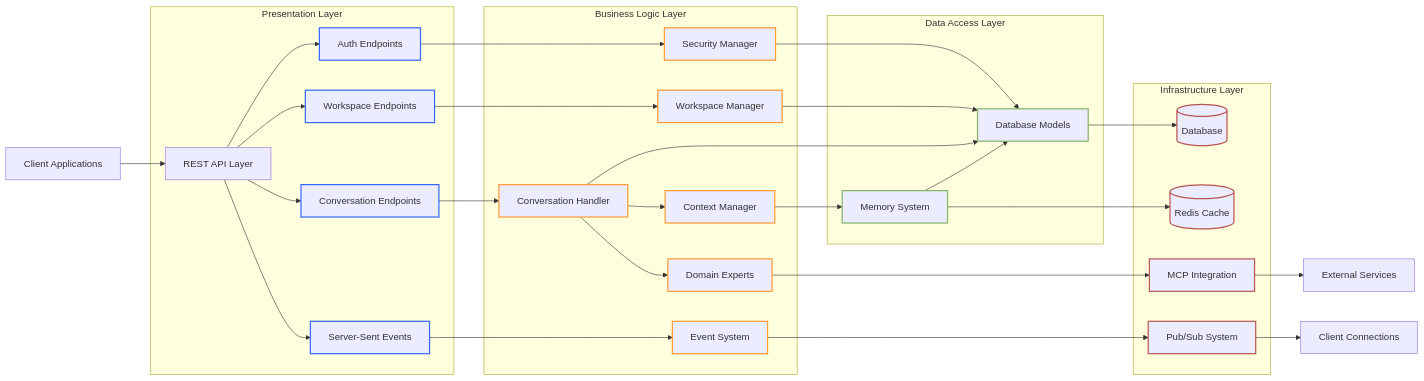
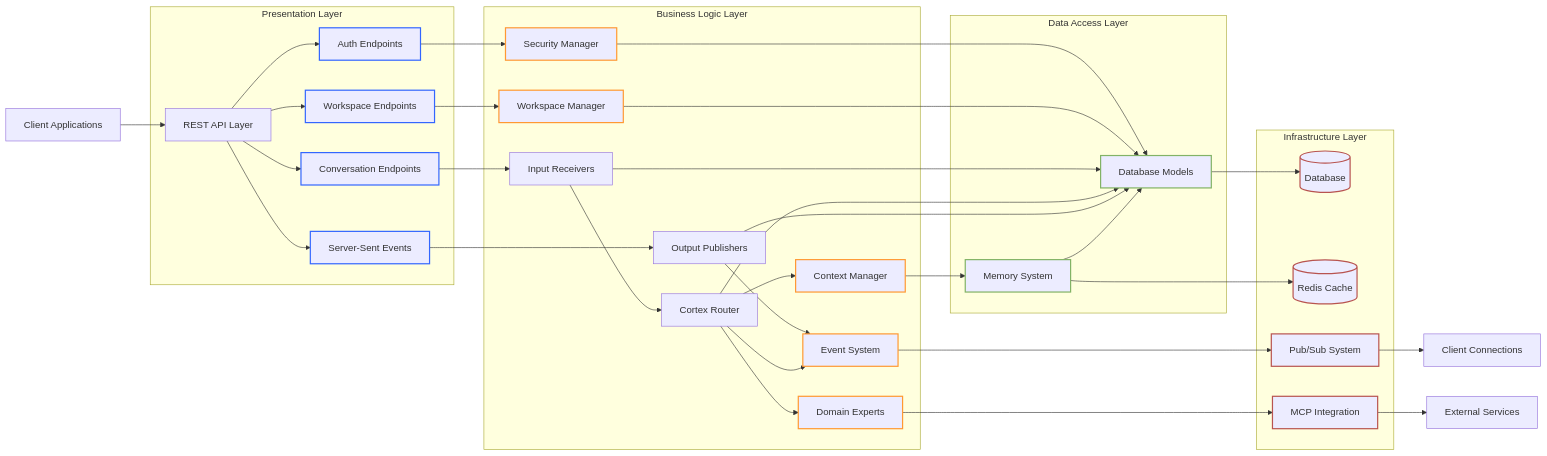
The diagram in cortex/cortex-core/docs/OVERVIEW.md (bkrabach/semanticworkbench), drawn with Mermaid before and after one commit. The commit also changed other lines of this file and 8 other files, not shown here.

Commit message:
updated separation of input/output and routing

````diff
--- a/cortex/cortex-core/docs/OVERVIEW.md
+++ b/cortex/cortex-core/docs/OVERVIEW.md
@@ -20,55 +20,60 @@
 ```mermaid
 graph LR
     %% Client Layer
     Client[Client Applications] --> API[REST API Layer]
     
     %% Presentation Layer
     subgraph "Presentation Layer"
       API --> Auth[Auth Endpoints]
       API --> Workspaces[Workspace Endpoints]
       API --> Conversations[Conversation Endpoints]
       API --> SSE[Server-Sent Events]
     end
     
     %% Business Logic Layer
     subgraph "Business Logic Layer"
       Auth --> SecMgr[Security Manager]
       Workspaces --> WsMgr[Workspace Manager]
-      Conversations --> ConvHandler[Conversation Handler]
-      SSE --> EventSystem[Event System]
-      ConvHandler --> ContextMgr[Context Manager]
-      ConvHandler --> DomainExperts[Domain Experts]
+      Conversations --> InputRcv[Input Receivers]
+      SSE --> OutputPub[Output Publishers]
+      InputRcv --> Router[Cortex Router]
+      OutputPub --> EventSystem[Event System]
+      Router --> EventSystem
+      Router --> ContextMgr[Context Manager]
+      Router --> DomainExperts[Domain Experts]
     end
     
     %% Data Access Layer
     subgraph "Data Access Layer"
       SecMgr --> Models[Database Models]
       WsMgr --> Models
-      ConvHandler --> Models
+      InputRcv --> Models
+      Router --> Models
+      OutputPub --> Models
       ContextMgr --> MemorySystem[Memory System]
       MemorySystem --> Models
     end
     
     %% Infrastructure Layer
     subgraph "Infrastructure Layer"
       Models --> DB[(Database)]
       MemorySystem --> Cache[(Redis Cache)]
       EventSystem --> PubSub[Pub/Sub System]
       DomainExperts --> MCP[MCP Integration]
     end
     
     %% External Dependencies
     PubSub --> Clients[Client Connections]
     MCP --> ExtSvc[External Services]
     
     %% Styling
     classDef presentation stroke:#3366ff,stroke-width:2px
     classDef business stroke:#ff9933,stroke-width:2px
     classDef data stroke:#82b366,stroke-width:2px
     classDef infrastructure stroke:#b85450,stroke-width:2px
     
     class Auth,Workspaces,Conversations,SSE presentation
     class SecMgr,WsMgr,ConvHandler,EventSystem,ContextMgr,DomainExperts business
     class Models,MemorySystem data
     class DB,Cache,PubSub,MCP infrastructure
 ```
````
